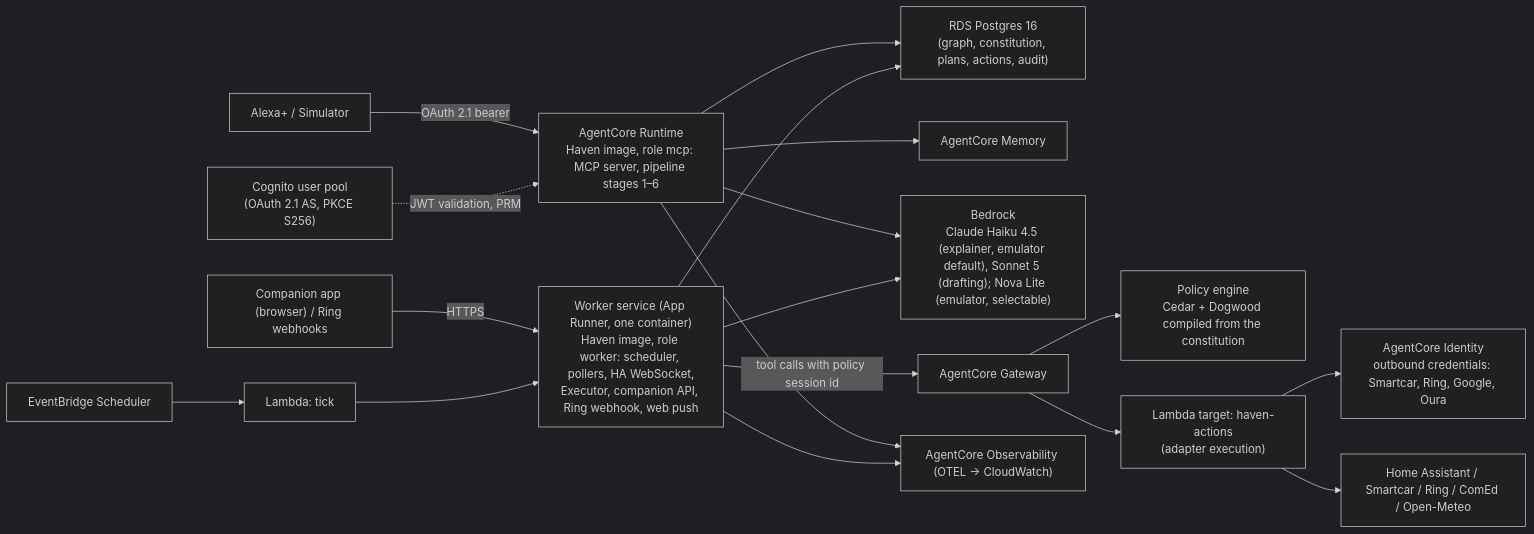
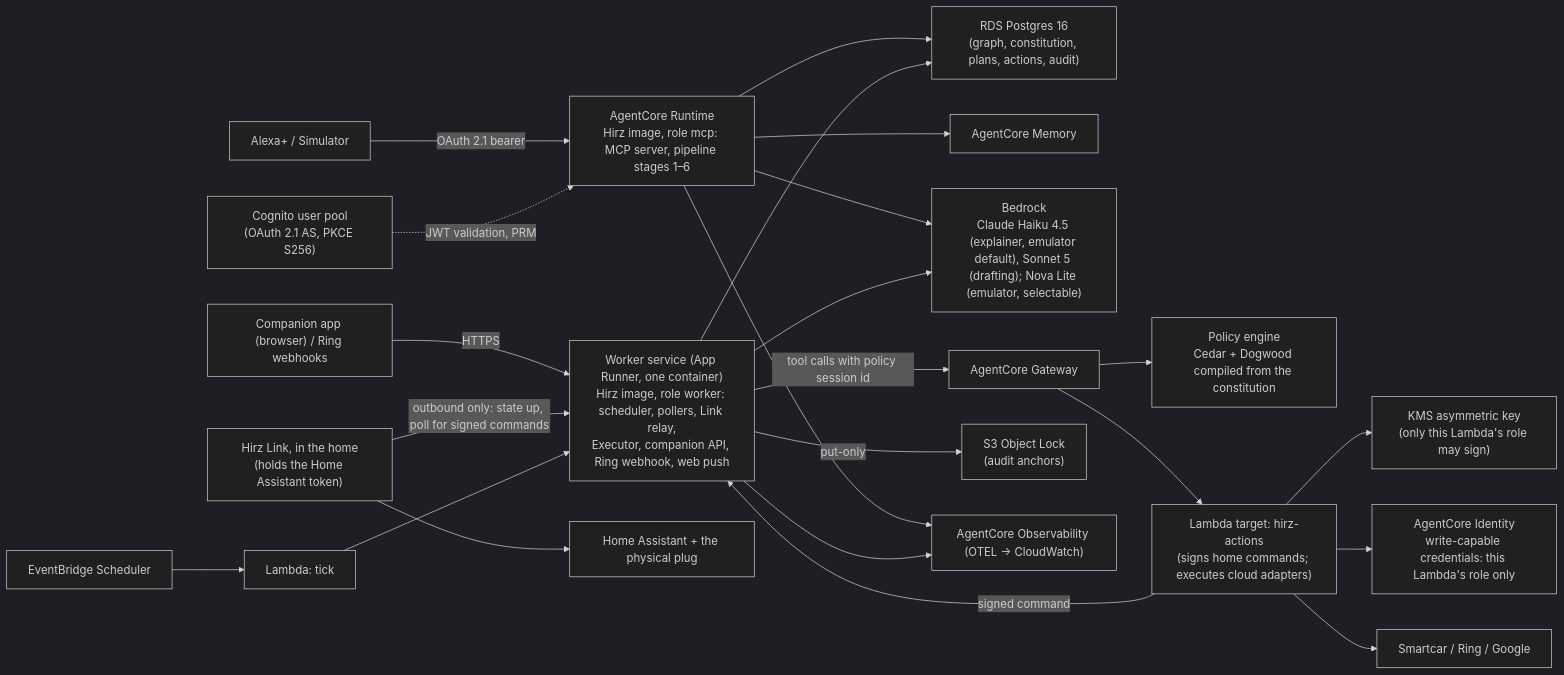
One commit to BashaarJavaid/Haven changed the second of 2 diagrams in ARCHITECTURE.md. Above: the diagram before and after it, drawn with Mermaid (dark theme). The commit also changed other lines of this file and 22 other files, not shown here.

````diff
--- a/ARCHITECTURE.md
+++ b/ARCHITECTURE.md
@@ -416,19 +438,24 @@
 ```mermaid
 graph LR
-    Alexa["Alexa+ / Simulator"] -->|"OAuth 2.1 bearer"| RT["AgentCore Runtime<br/>Haven image, role mcp: MCP server, pipeline stages 1–6"]
+    Alexa["Alexa+ / Simulator"] -->|"OAuth 2.1 bearer"| RT["AgentCore Runtime<br/>Hirz image, role mcp: MCP server, pipeline stages 1–6"]
     Cog["Cognito user pool<br/>(OAuth 2.1 AS, PKCE S256)"] -.->|"JWT validation, PRM"| RT
     RT --> PG["RDS Postgres 16<br/>(graph, constitution, plans, actions, audit)"]
     RT --> AM["AgentCore Memory"]
     RT --> BR["Bedrock<br/>Claude Haiku 4.5 (explainer, emulator default), Sonnet 5 (drafting); Nova Lite (emulator, selectable)"]
-    App["Companion app (browser) / Ring webhooks"] -->|"HTTPS"| WK["Worker service (App Runner, one container)<br/>Haven image, role worker: scheduler, pollers, HA WebSocket,<br/>Executor, companion API, Ring webhook, web push"]
+    App["Companion app (browser) / Ring webhooks"] -->|"HTTPS"| WK["Worker service (App Runner, one container)<br/>Hirz image, role worker: scheduler, pollers, Link relay,<br/>Executor, companion API, Ring webhook, web push"]
     WK --> PG
     WK -->|"tool calls with policy session id"| GW["AgentCore Gateway"]
     GW --> POL["Policy engine<br/>Cedar + Dogwood compiled from the constitution"]
-    GW --> ACT["Lambda target: haven-actions<br/>(adapter execution)"]
-    ACT --> AI["AgentCore Identity<br/>outbound credentials: Smartcar, Ring, Google, Oura"]
-    ACT --> World["Home Assistant / Smartcar / Ring / ComEd / Open-Meteo"]
+    GW --> ACT["Lambda target: hirz-actions<br/>(signs home commands; executes cloud adapters)"]
+    ACT --> KMS["KMS asymmetric key<br/>(only this Lambda's role may sign)"]
+    ACT --> AI["AgentCore Identity<br/>write-capable credentials: this Lambda's role only"]
+    ACT --> World["Smartcar / Ring / Google"]
+    ACT -->|"signed command"| WK
+    LINK["Hirz Link, in the home<br/>(holds the Home Assistant token)"] -->|"outbound only: state up, poll for signed commands"| WK
+    LINK --> HAH["Home Assistant + the physical plug"]
+    WK -->|"put-only"| S3A["S3 Object Lock<br/>(audit anchors)"]
     SCH["EventBridge Scheduler"] --> TICK["Lambda: tick"] --> WK
     WK --> BR
     RT --> OBS["AgentCore Observability (OTEL → CloudWatch)"]
     WK --> OBS
 ```
````
